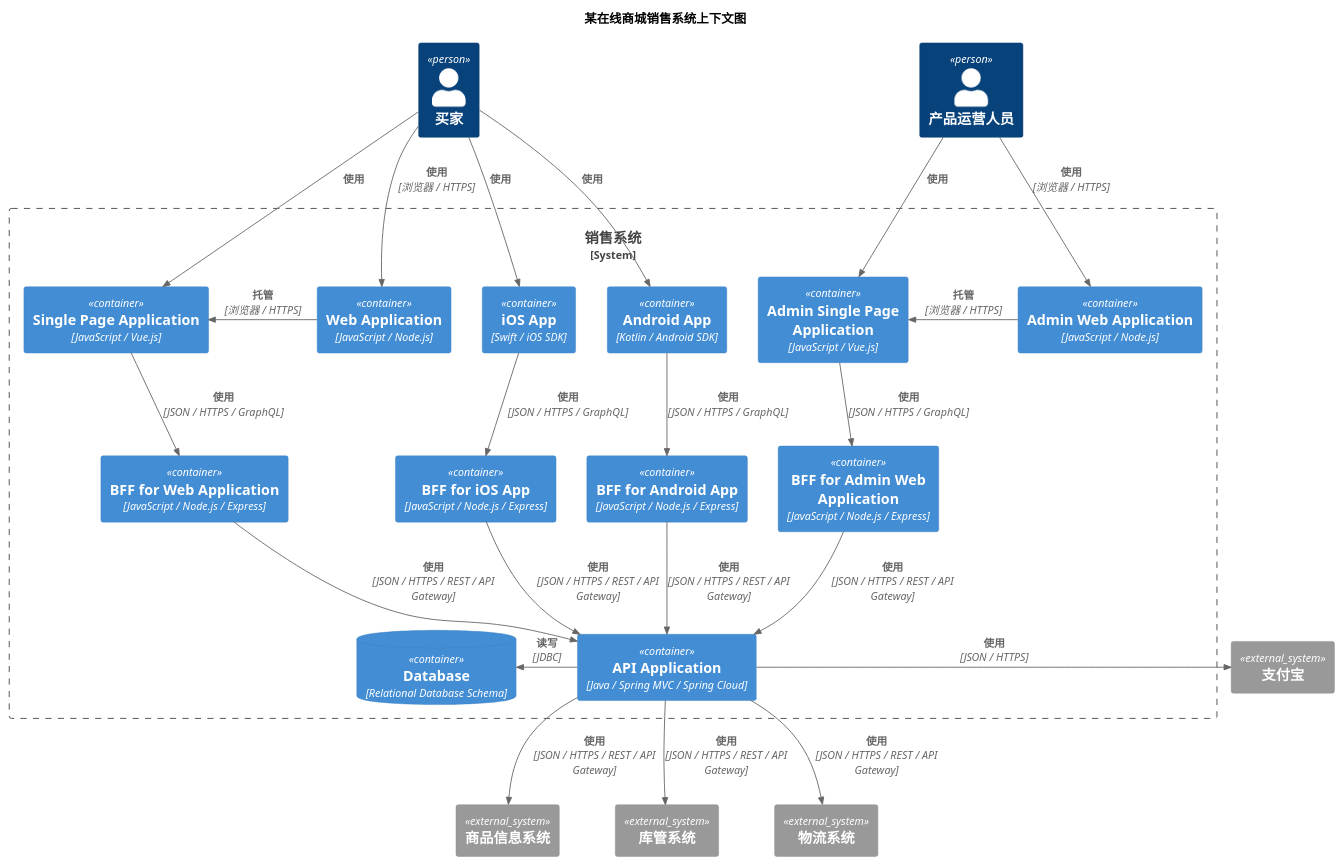
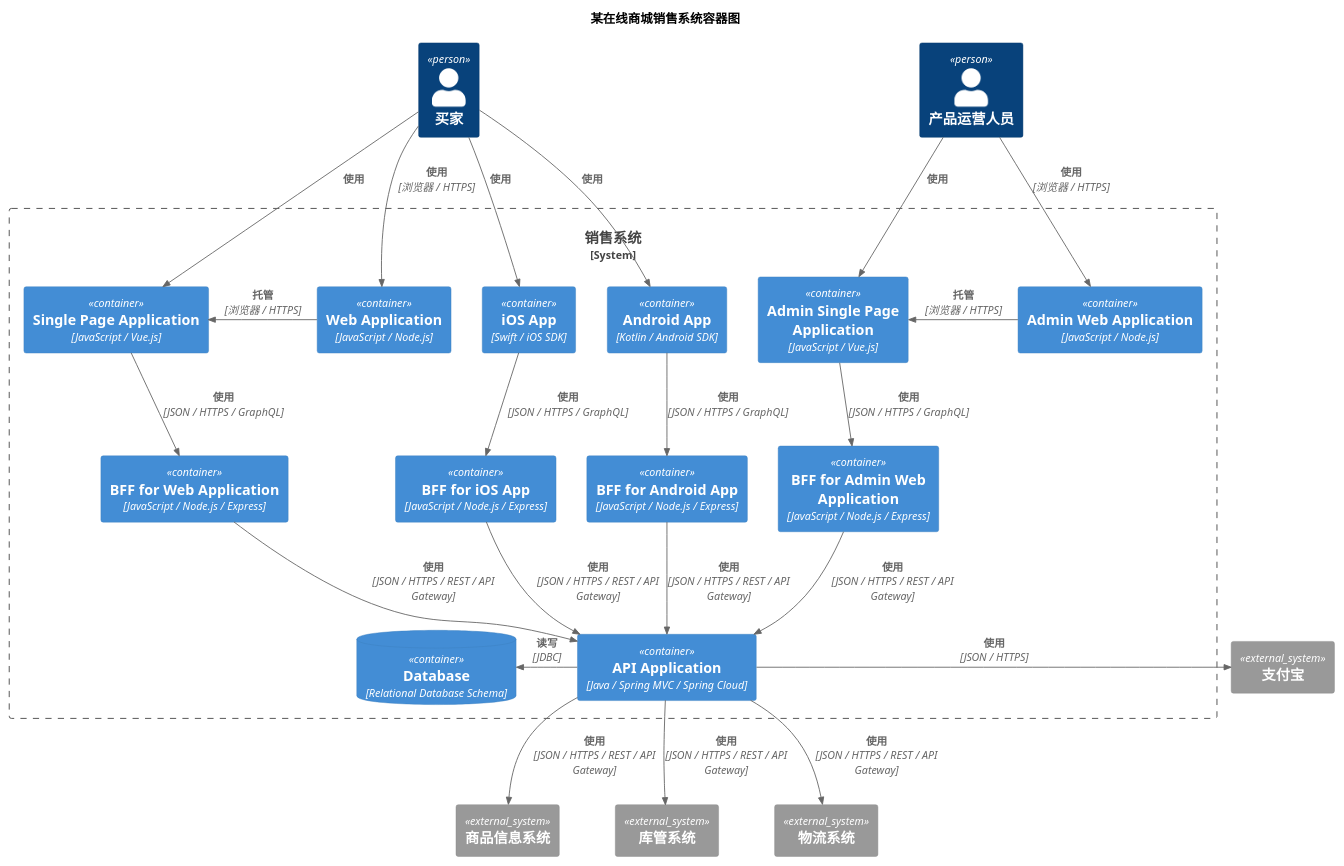
Before and after one commit to howiehu/c4-plantuml-demo: the diagram in jingxi-mall-container.puml, drawn with PlantUML.

```diff
--- a/jingxi-mall-container.puml
+++ b/jingxi-mall-container.puml
@@ -1,61 +1,61 @@
 @startuml
 !includeurl https://raw.githubusercontent.com/RicardoNiepel/C4-PlantUML/release/1-0/C4_Container.puml
 
-title 某在线商城销售系统上下文图
+title 某在线商城销售系统容器图
 
 Person(customer, "买家")
 Person(operator, "产品运营人员")
 
 System_Ext(alipay, "支付宝")
 
 System_Boundary(mall, "销售系统"){
     Container(spa, "Single Page Application", "JavaScript / Vue.js")
     Container(web, "Web Application", "JavaScript / Node.js")
     Container(ios, "iOS App", "Swift / iOS SDK")
     Container(android, "Android App", "Kotlin / Android SDK")
     Container(spa_admin, "Admin Single Page Application", "JavaScript / Vue.js")
     Container(web_admin, "Admin Web Application", "JavaScript / Node.js")
 
     Container(bff_web, "BFF for Web Application", "JavaScript / Node.js / Express")
     Container(bff_web_admin, "BFF for Admin Web Application", "JavaScript / Node.js / Express")
     Container(bff_ios, "BFF for iOS App", "JavaScript / Node.js / Express")
     Container(bff_android, "BFF for Android App", "JavaScript / Node.js / Express")
 
     Container(mall_api, "API Application", "Java / Spring MVC / Spring Cloud")
     ContainerDb(mall_db, "Database", "Relational Database Schema")
 }
 
 System_Ext(goods_info, "商品信息系统")
 System_Ext(warhouse, "库管系统")
 System_Ext(logistics, "物流系统")
 
 Rel(customer, spa, "使用")
 Rel(customer, web, "使用", "浏览器 / HTTPS")
 Rel(customer, ios, "使用")
 Rel(customer, android, "使用")
 
 Rel(operator, spa_admin, "使用")
 Rel(operator, web_admin, "使用", "浏览器 / HTTPS")
 
 Rel_Back_Neighbor(spa, web, "托管", "浏览器 / HTTPS")
 Rel(spa, bff_web, "使用", "JSON / HTTPS / GraphQL")
 
 Rel_Back_Neighbor(spa_admin, web_admin, "托管", "浏览器 / HTTPS")
 Rel(spa_admin, bff_web_admin, "使用", "JSON / HTTPS / GraphQL")
 
 Rel(ios, bff_ios, "使用", "JSON / HTTPS / GraphQL")
 Rel(android, bff_android, "使用", "JSON / HTTPS / GraphQL")
 
 Rel(bff_web, mall_api, "使用", "JSON / HTTPS / REST / API Gateway")
 Rel(bff_web_admin, mall_api, "使用", "JSON / HTTPS / REST / API Gateway")
 Rel(bff_ios, mall_api, "使用", "JSON / HTTPS / REST / API Gateway")
 Rel(bff_android, mall_api, "使用", "JSON / HTTPS / REST / API Gateway")
 
 Rel_Neighbor(mall_api, alipay, "使用", "JSON / HTTPS")
 Rel(mall_api, goods_info, "使用", "JSON / HTTPS / REST / API Gateway")
 Rel(mall_api, warhouse, "使用", "JSON / HTTPS / REST / API Gateway")
 Rel(mall_api, logistics, "使用", "JSON / HTTPS / REST / API Gateway")
 
 Rel_Back_Neighbor(mall_db, mall_api, "读写", "JDBC")
 
 @enduml
```
